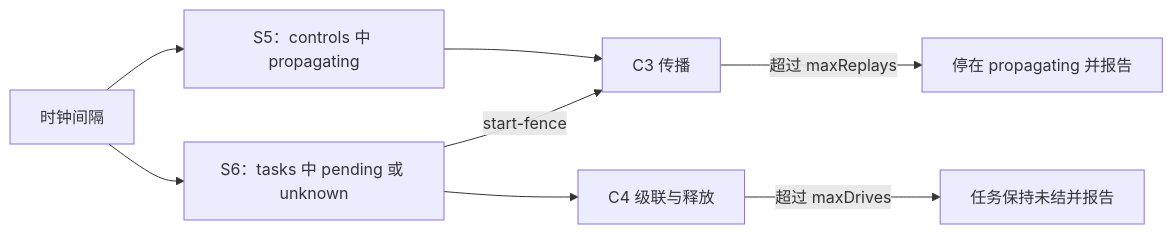
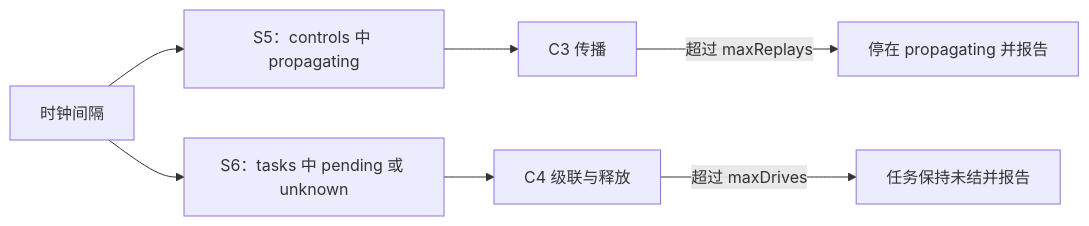
Diagram 14 of 15 in packages/session/session/docs/flows.md (nemori-ai/omne-harness-lite), drawn with Mermaid before and after one commit. The commit also changed other lines of this file and 44 other files, not shown here.

````diff
--- a/packages/session/session/docs/flows.md
+++ b/packages/session/session/docs/flows.md
@@ -395,8 +349,7 @@
 ```mermaid
 flowchart LR
     T[时钟间隔] --> S5[S5：controls 中 propagating] --> C3[C3 传播]
     T --> S6[S6：tasks 中 pending 或 unknown] --> C4[C4 级联与释放]
-    S6 -->|start-fence| C3
     C3 -->|超过 maxReplays| R1[停在 propagating 并报告]
     C4 -->|超过 maxDrives| R2[任务保持未结并报告]
 ```
````
